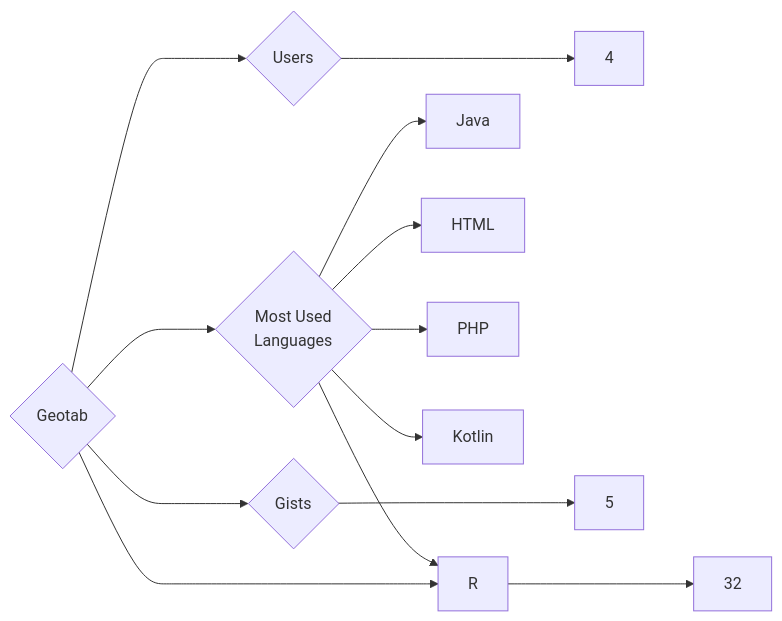
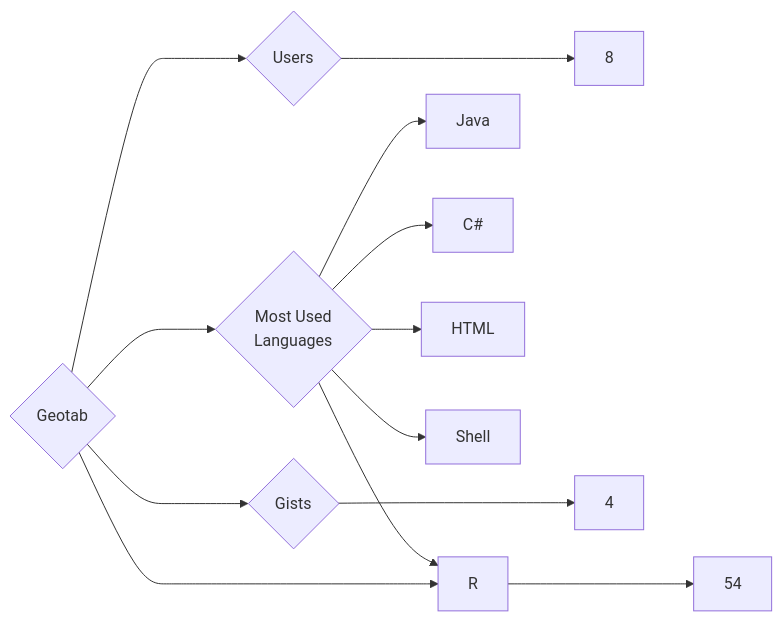
The diagram in targets/Geotab/README.md (trickest/insiders), drawn with Mermaid before and after one commit. The commit also changed 1088 other files, not shown here.

````diff
--- a/targets/Geotab/README.md
+++ b/targets/Geotab/README.md
@@ -3,13 +3,13 @@
 ```mermaid
 graph LR
 COMPANY_NAME{Geotab}
-COMPANY_NAME ---> U{Users} ---> UN[4]
-COMPANY_NAME ---> R{Repositories} ---> RN[32]
-COMPANY_NAME ---> G{Gists} ---> GN[5]
+COMPANY_NAME ---> U{Users} ---> UN[8]
+COMPANY_NAME ---> R{Repositories} ---> RN[54]
+COMPANY_NAME ---> G{Gists} ---> GN[4]
 COMPANY_NAME ---> ML{Most Used<br>Languages}
 ML --> Java[Java]
+ML --> C#[C#]
+ML --> R[R]
 ML --> HTML[HTML]
-ML --> R[R]
-ML --> PHP[PHP]
-ML --> Kotlin[Kotlin]
+ML --> Shell[Shell]
 ```
````
